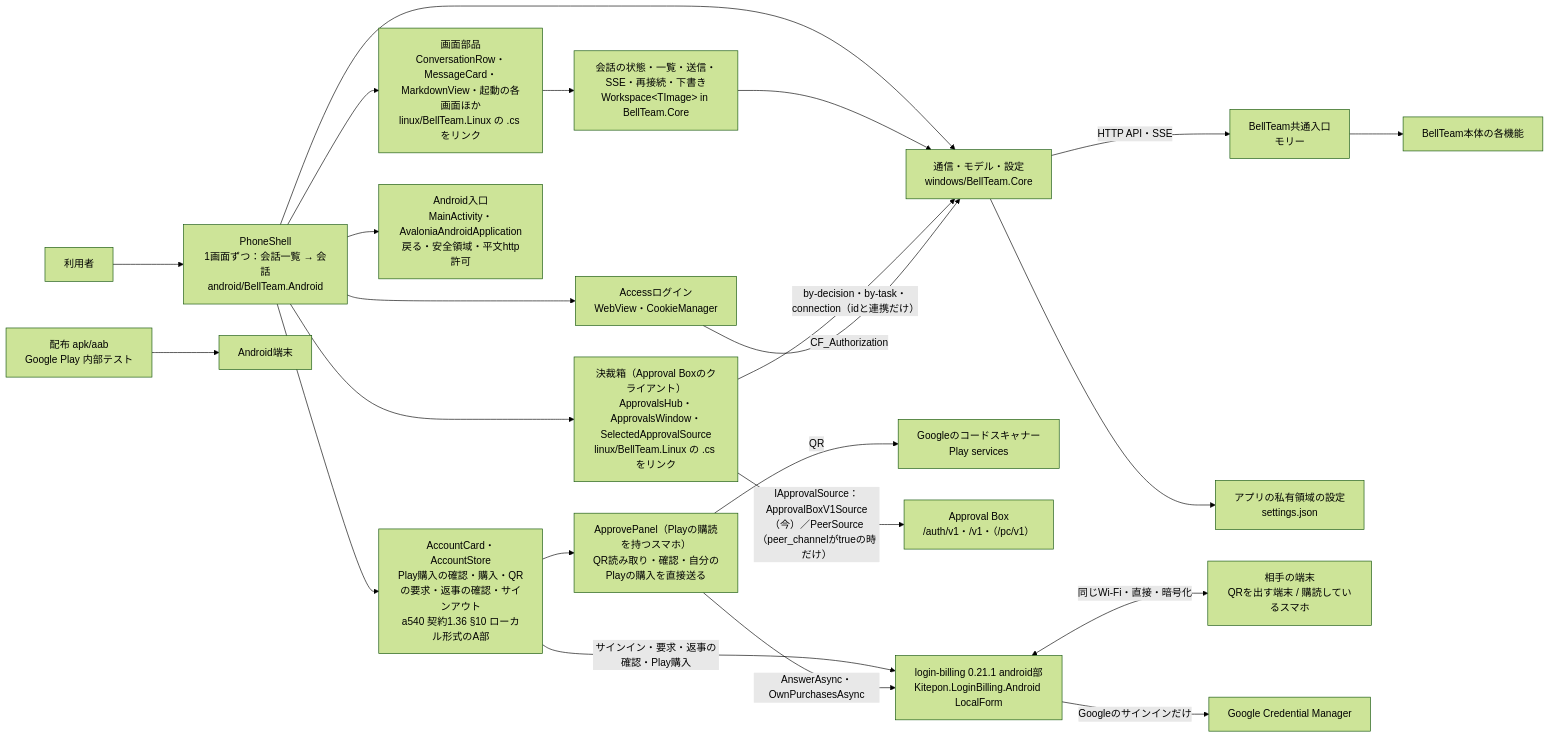
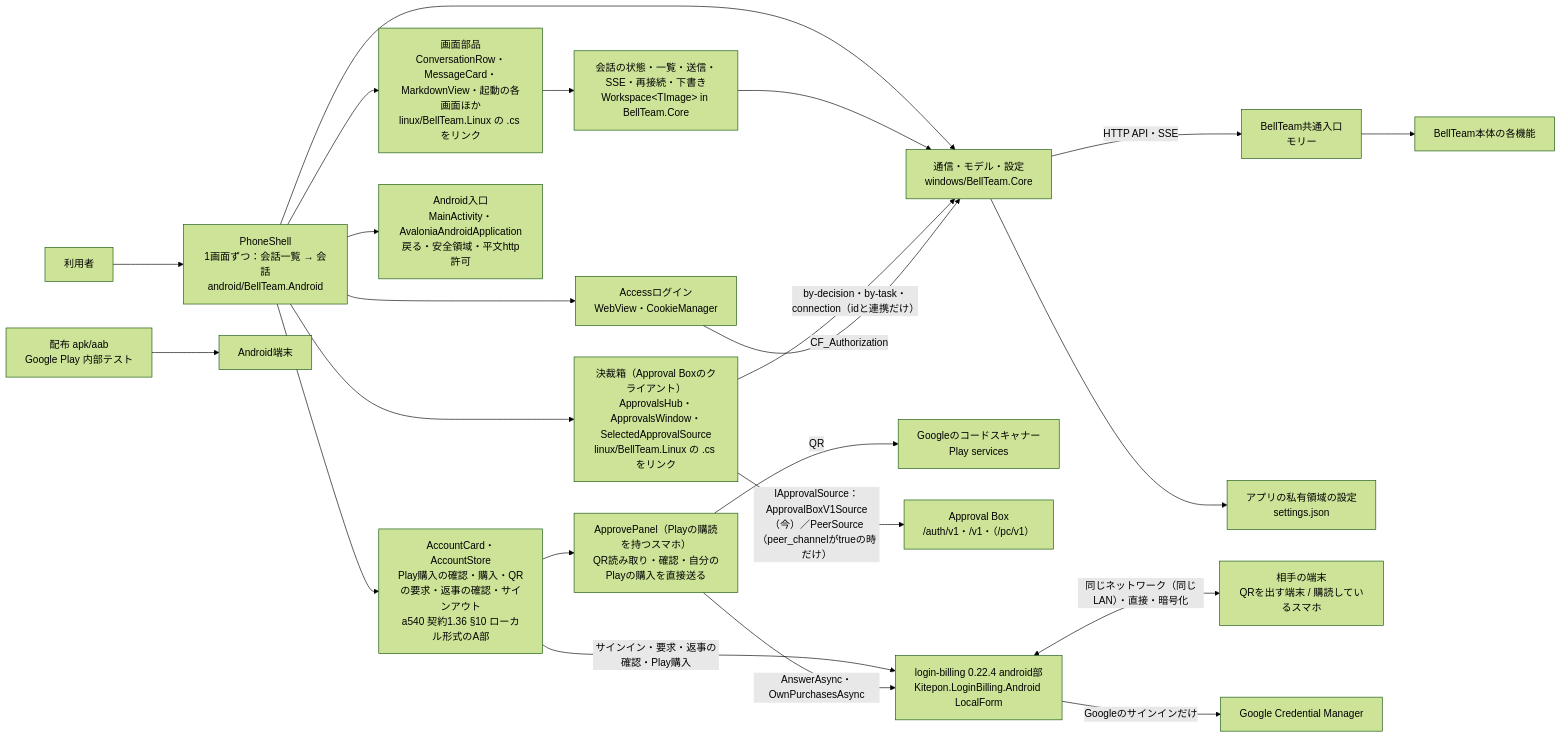
One commit to kitepon/BellTeam changed the first of 2 diagrams in docs/android-architecture.md. Above: the diagram before and after it, drawn with Mermaid (forest theme). The commit also changed other lines of this file and 44 other files, not shown here.

First line of the commit message:
lb0220-clients: Linux 0.2.33 and Android 0.1.32 on login-billing 0.22.4 (#2525)

````diff
--- a/docs/android-architecture.md
+++ b/docs/android-architecture.md
@@ -9,25 +9,25 @@
 ```mermaid
 flowchart LR
   user[利用者] --> shell[PhoneShell<br/>1画面ずつ：会話一覧 → 会話<br/>android/BellTeam.Android]
   shell --> views[画面部品<br/>ConversationRow・MessageCard・MarkdownView・起動の各画面ほか<br/>linux/BellTeam.Linux の .cs をリンク]
   views --> ws[会話の状態・一覧・送信・SSE・再接続・下書き<br/>Workspace&lt;TImage&gt; in BellTeam.Core]
   shell --> core[通信・モデル・設定<br/>windows/BellTeam.Core]
   ws --> core
   core -->|HTTP API・SSE| integration[BellTeam共通入口<br/>モリー]
   core --> local[アプリの私有領域の設定<br/>settings.json]
   shell --> account[AccountCard・AccountStore<br/>Play購入の確認・購入・QRの要求・返事の確認・サインアウト<br/>a540 契約1.36 §10 ローカル形式のA部]
   account --> approve[ApprovePanel（Playの購読を持つスマホ）<br/>QR読み取り・確認・自分のPlayの購入を直接送る]
   approve -->|QR| scanner[Googleのコードスキャナー<br/>Play services]
   shell --> abx[決裁箱（Approval Boxのクライアント）<br/>ApprovalsHub・ApprovalsWindow・SelectedApprovalSource<br/>linux/BellTeam.Linux の .cs をリンク]
   abx -->|IApprovalSource：ApprovalBoxV1Source（今）／PeerSource（peer_channelがtrueの時だけ）| abxsrv[Approval Box<br/>/auth/v1・/v1・（/pc/v1）]
   abx -->|by-decision・by-task・connection（idと連携だけ）| core
-  account -->|サインイン・要求・返事の確認・Play購入| lib[login-billing 0.21.1 android部<br/>Kitepon.LoginBilling.Android LocalForm]
+  account -->|サインイン・要求・返事の確認・Play購入| lib[login-billing 0.22.4 android部<br/>Kitepon.LoginBilling.Android LocalForm]
   approve -->|AnswerAsync・OwnPurchasesAsync| lib
-  lib <-->|同じWi-Fi・直接・暗号化| peer[相手の端末<br/>QRを出す端末 / 購読しているスマホ]
+  lib <-->|同じネットワーク（同じLAN）・直接・暗号化| peer[相手の端末<br/>QRを出す端末 / 購読しているスマホ]
   lib -->|Googleのサインインだけ| google[Google Credential Manager]
   shell --> access[Accessログイン<br/>WebView・CookieManager]
   access -->|CF_Authorization| core
   shell --> android[Android入口<br/>MainActivity・AvaloniaAndroidApplication<br/>戻る・安全領域・平文http許可]
   release[配布 apk/aab<br/>Google Play 内部テスト] --> device[Android端末]
   integration --> server[BellTeam本体の各機能]
 ```
````
